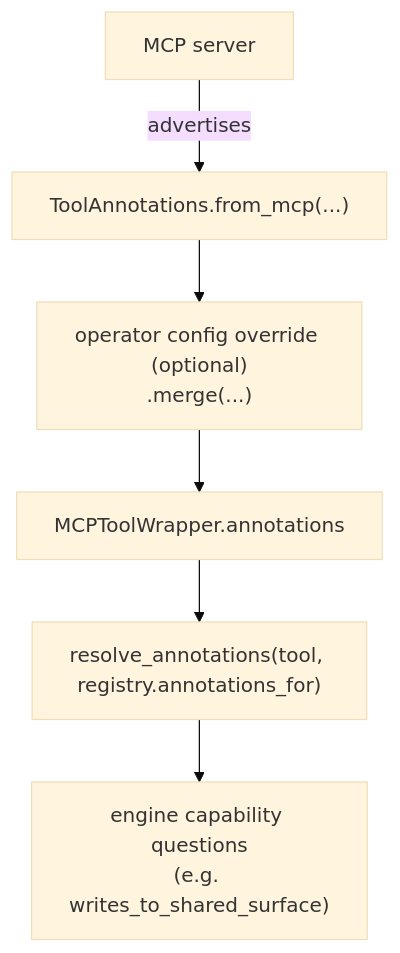
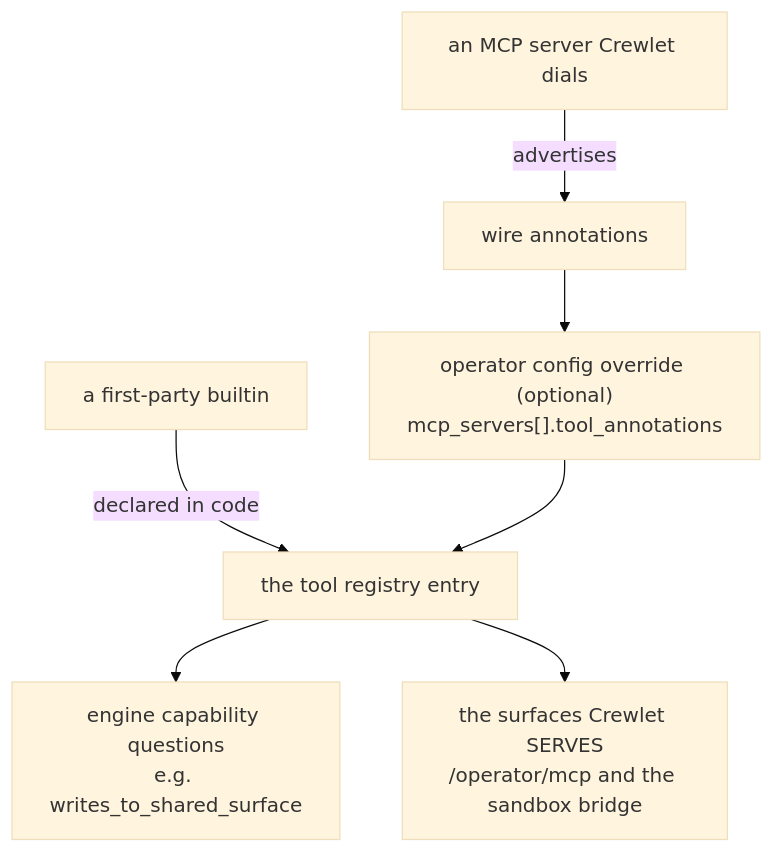
The diagram in docs/concepts/tool-capabilities.md (crewlet/crewlet), drawn with Mermaid (base theme) before and after one commit. The commit also changed other lines of this file and 10 other files, not shown here.

````diff
--- a/docs/concepts/tool-capabilities.md
+++ b/docs/concepts/tool-capabilities.md
@@ -56,8 +56,9 @@
 ```mermaid
 flowchart TD
-    MCP["MCP server"] -->|advertises| ANN["ToolAnnotations.from_mcp(...)"]
-    ANN --> OVR["operator config override (optional)<br/>.merge(...)"]
-    OVR --> WRAP["MCPToolWrapper.annotations"]
-    WRAP --> RES["resolve_annotations(tool, registry.annotations_for)"]
-    RES --> Q["engine capability questions<br/>(e.g. writes_to_shared_surface)"]
+    MCP["an MCP server Crewlet dials"] -->|advertises| ANN["wire annotations"]
+    ANN --> OVR["operator config override (optional)<br/>mcp_servers[].tool_annotations"]
+    BI["a first-party builtin"] -->|declared in code| REG
+    OVR --> REG["the tool registry entry"]
+    REG --> Q["engine capability questions<br/>e.g. writes_to_shared_surface"]
+    REG --> OUT["the surfaces Crewlet SERVES<br/>/operator/mcp and the sandbox bridge"]
 ```
````
